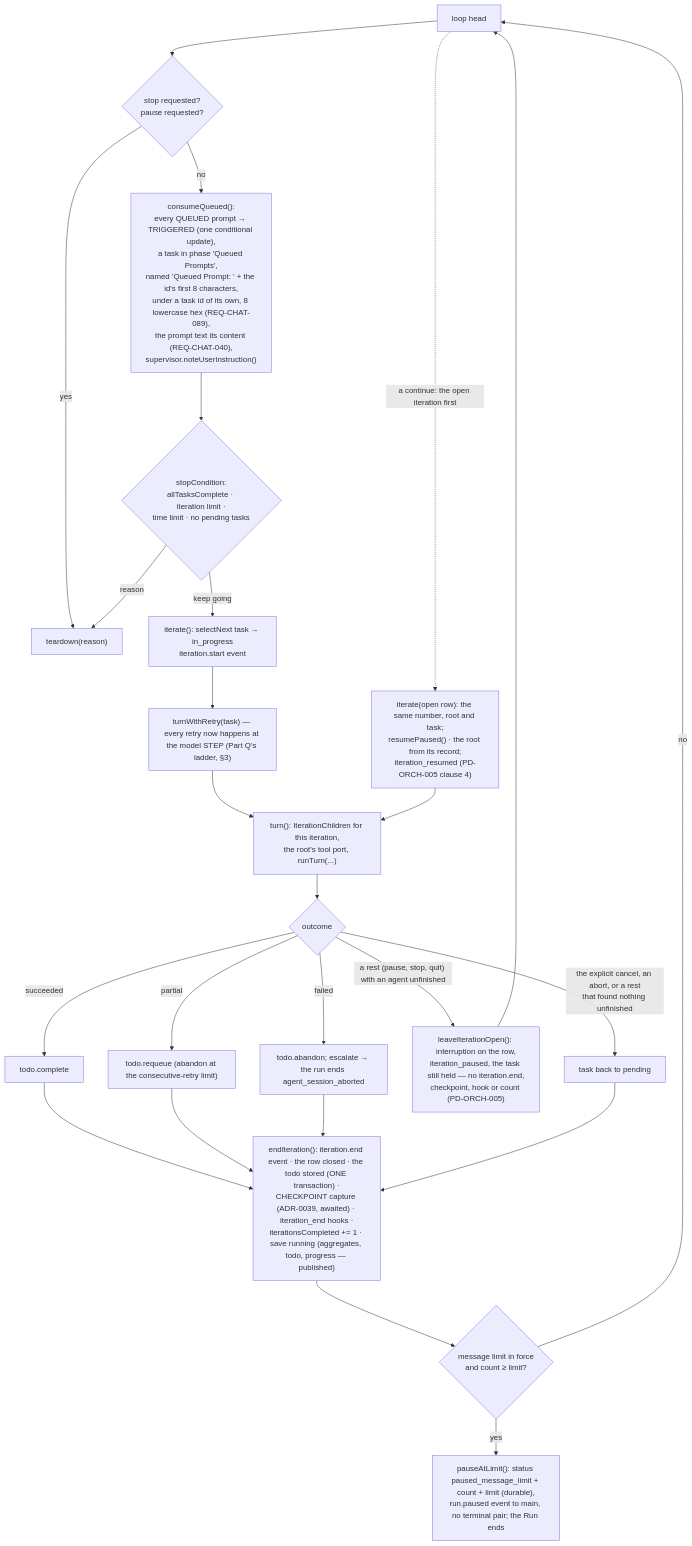
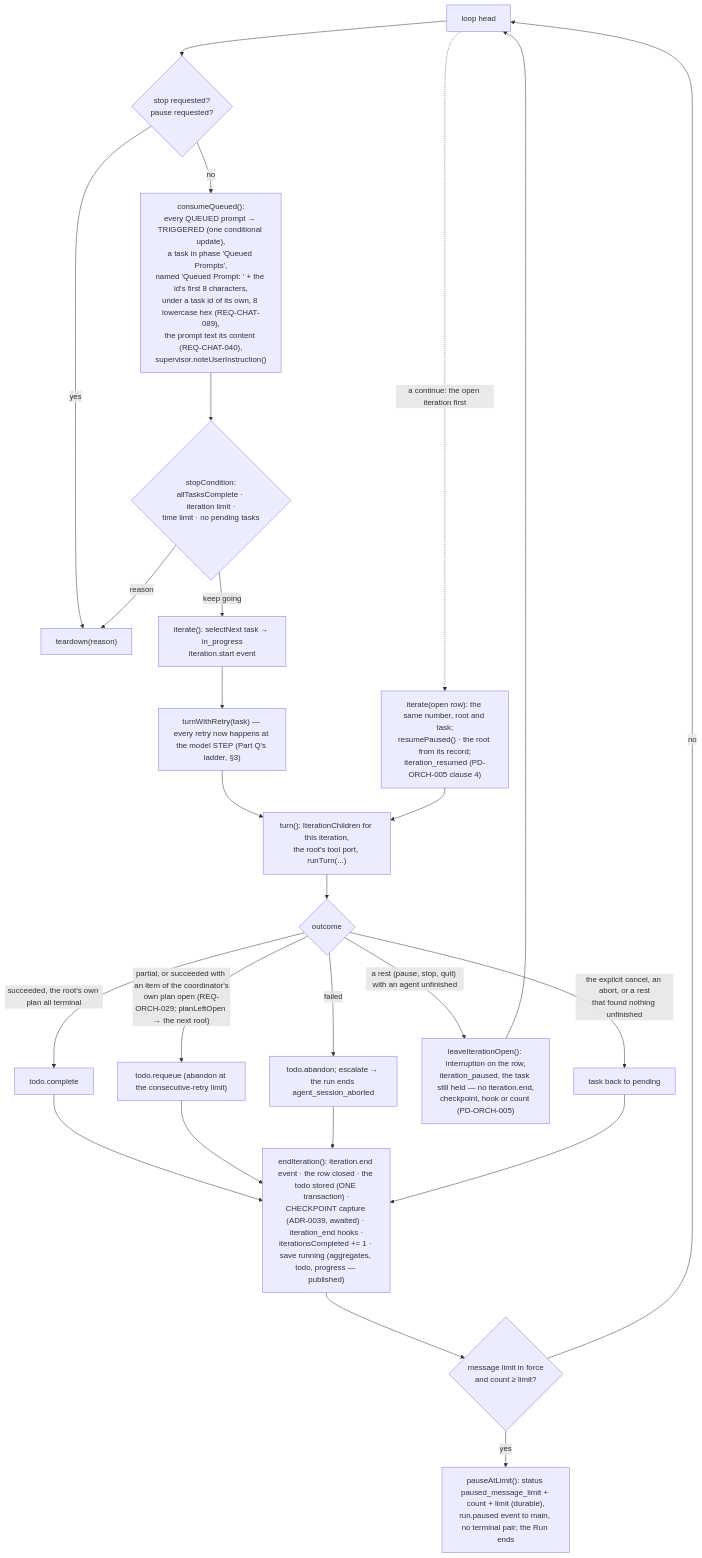
The second of 2 diagrams in docs/architecture/views/03-runtime-view.md (Concrete-Dynamics/Rotaris), drawn with Mermaid before and after one commit. The commit also changed other lines of this file and 8 other files, not shown here.

First line of the commit message:
fix(run): the run completes only when the coordinator's own plan agrees (REQ-ORCH-029, REQ-ORCH-068, REQ-ORCH-069)

````diff
--- a/docs/architecture/views/03-runtime-view.md
+++ b/docs/architecture/views/03-runtime-view.md
@@ -201,24 +201,24 @@
 ```mermaid
 flowchart TB
   L0["loop head"] --> S1{"stop requested?<br/>pause requested?"}
   S1 -- yes --> T["teardown(reason)"]
   S1 -- no --> Q["consumeQueued():<br/>every QUEUED prompt → TRIGGERED (one conditional update),<br/>a task in phase 'Queued Prompts',<br/>named 'Queued Prompt: ' + the id's first 8 characters,<br/>under a task id of its own, 8 lowercase hex (REQ-CHAT-089),<br/>the prompt text its content (REQ-CHAT-040),<br/>supervisor.noteUserInstruction()"]
   Q --> S2{"stopCondition:<br/>allTasksComplete · iteration limit ·<br/>time limit · no pending tasks"}
   S2 -- reason --> T
   S2 -- keep going --> I["iterate(): selectNext task → in_progress<br/>iteration.start event"]
   I --> TR["turnWithRetry(task) — every retry now happens at the model STEP (Part Q's ladder, §3)"]
   TR --> TURN["turn(): IterationChildren for this iteration,<br/>the root's tool port, runTurn(...)"]
   TURN --> OUT{"outcome"}
-  OUT -- succeeded --> C["todo.complete"]
-  OUT -- partial --> RQ["todo.requeue (abandon at the consecutive-retry limit)"]
+  OUT -- "succeeded, the root's own plan all terminal" --> C["todo.complete"]
+  OUT -- "partial, or succeeded with an item of the coordinator's<br/>own plan open (REQ-ORCH-029; planLeftOpen → the next root)" --> RQ["todo.requeue (abandon at the consecutive-retry limit)"]
   OUT -- failed --> AB["todo.abandon; escalate → the run ends agent_session_aborted"]
   OUT -- "a rest (pause, stop, quit) with an agent unfinished" --> OPEN["leaveIterationOpen(): interruption on the row,<br/>iteration_paused, the task still held — no iteration.end,<br/>checkpoint, hook or count (PD-ORCH-005)"]
   OPEN --> L0
   L0 -. "a continue: the open iteration first" .-> RES["iterate(open row): the same number, root and task;<br/>resumePaused() · the root from its record;<br/>iteration_resumed (PD-ORCH-005 clause 4)"]
   RES --> TURN
   OUT -- "the explicit cancel, an abort, or a rest<br/>that found nothing unfinished" --> PEND["task back to pending"]
   C & RQ & AB & PEND --> E["endIteration(): iteration.end event · the row closed · the todo stored (ONE transaction) ·<br/>CHECKPOINT capture (ADR-0039, awaited) · iteration_end hooks ·<br/>iterationsCompleted += 1 · save running (aggregates, todo, progress — published)"]
   E --> ML{"message limit in force<br/>and count ≥ limit?"}
   ML -- yes --> PL["pauseAtLimit(): status paused_message_limit + count + limit (durable),<br/>run.paused event to main, no terminal pair; the Run ends"]
   ML -- no --> L0
 ```
````
